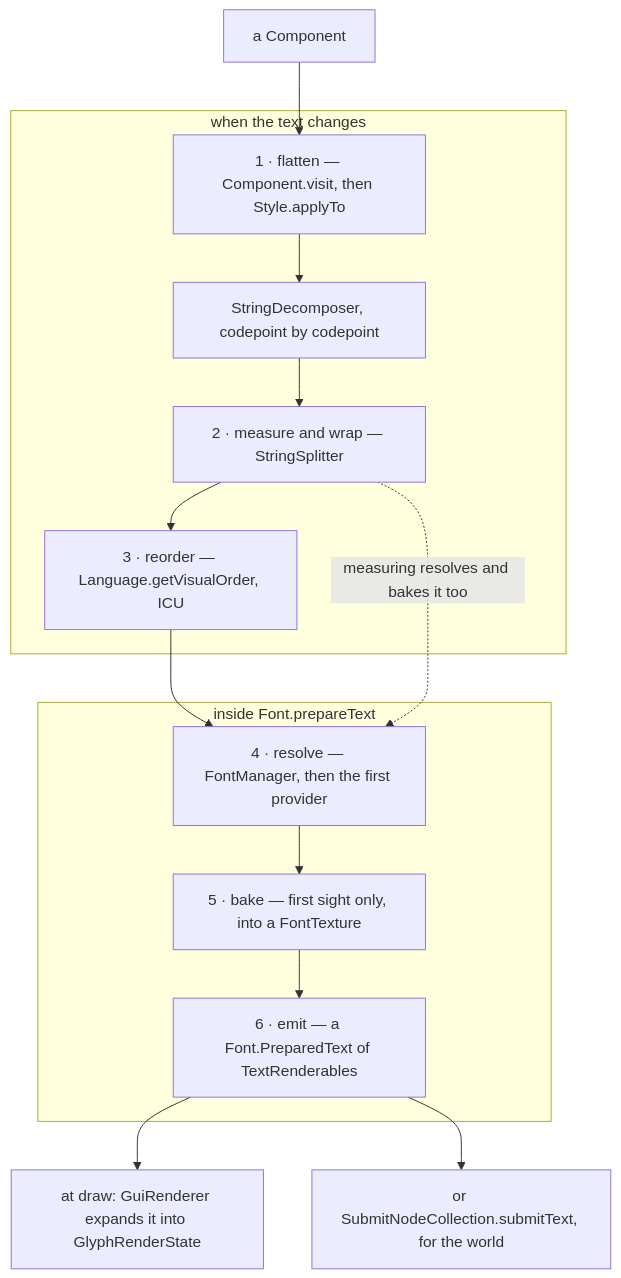
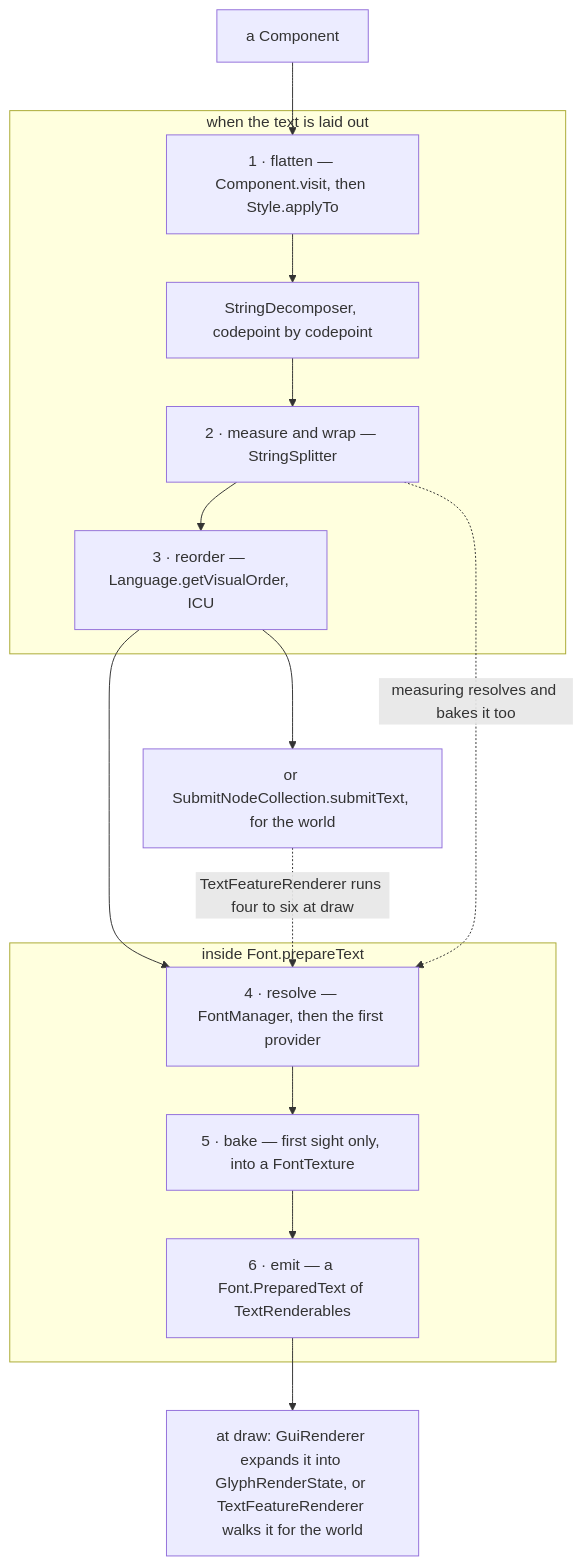
The first of 3 diagrams in src/systems/client/text-and-fonts.md (AlexanderjFraser/MinecraftDocs), drawn with Mermaid before and after one commit. The commit also changed other lines of this file and 33 other files, not shown here.

````diff
--- a/src/systems/client/text-and-fonts.md
+++ b/src/systems/client/text-and-fonts.md
@@ -37,24 +37,25 @@
 ```mermaid
 flowchart TD
     C["a Component"]
-    subgraph WHEN["when the text changes"]
+    subgraph WHEN["when the text is laid out"]
         RUNS["1 · flatten — Component.visit, then Style.applyTo"]
         DEC["StringDecomposer, codepoint by codepoint"]
         WRAP["2 · measure and wrap — StringSplitter"]
         BIDI["3 · reorder — Language.getVisualOrder, ICU"]
         RUNS --> DEC --> WRAP --> BIDI
     end
     subgraph PREP["inside Font.prepareText"]
         RESOLVE["4 · resolve — FontManager, then the first provider"]
         BAKE["5 · bake — first sight only, into a FontTexture"]
         EMIT["6 · emit — a Font.PreparedText of TextRenderables"]
         RESOLVE --> BAKE --> EMIT
     end
-    GUI["at draw: GuiRenderer expands it into GlyphRenderState"]
+    GUI["at draw: GuiRenderer expands it into GlyphRenderState, or TextFeatureRenderer walks it for the world"]
     WORLD["or SubmitNodeCollection.submitText, for the world"]
     C --> RUNS
     BIDI --> RESOLVE
     WRAP -. "measuring resolves and bakes it too" .-> RESOLVE
     EMIT --> GUI
-    EMIT --> WORLD
+    BIDI --> WORLD
+    WORLD -. "TextFeatureRenderer runs four to six at draw" .-> RESOLVE
 ```
````
